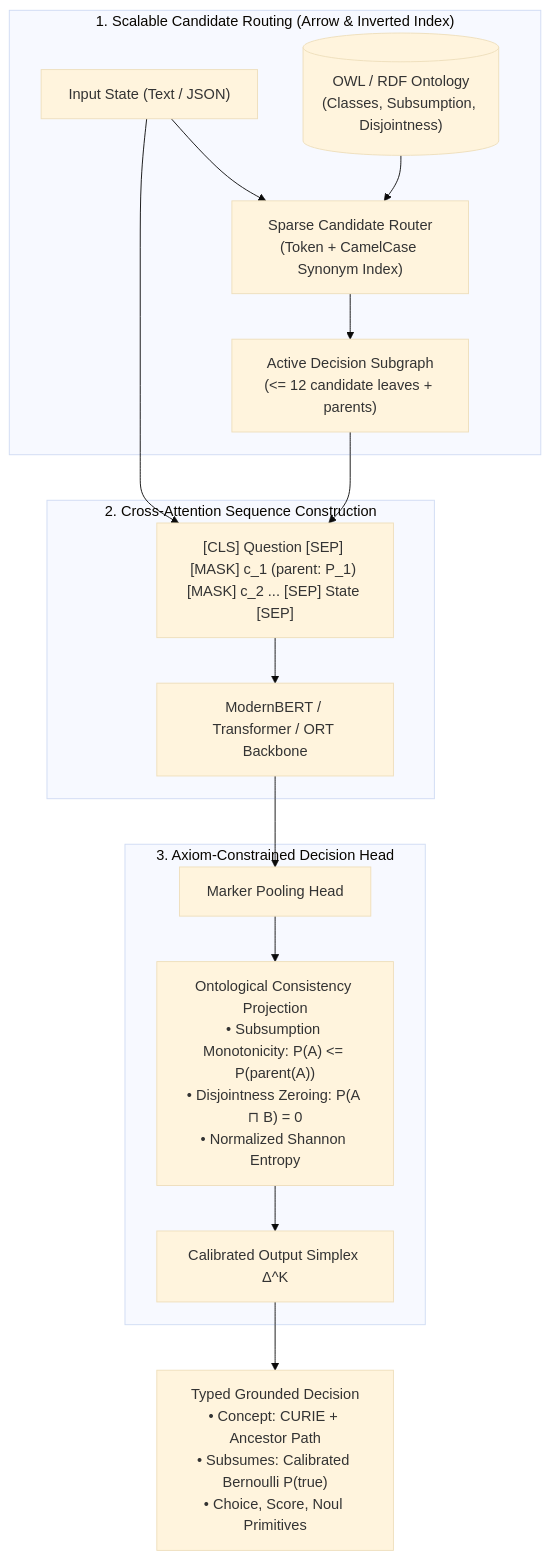
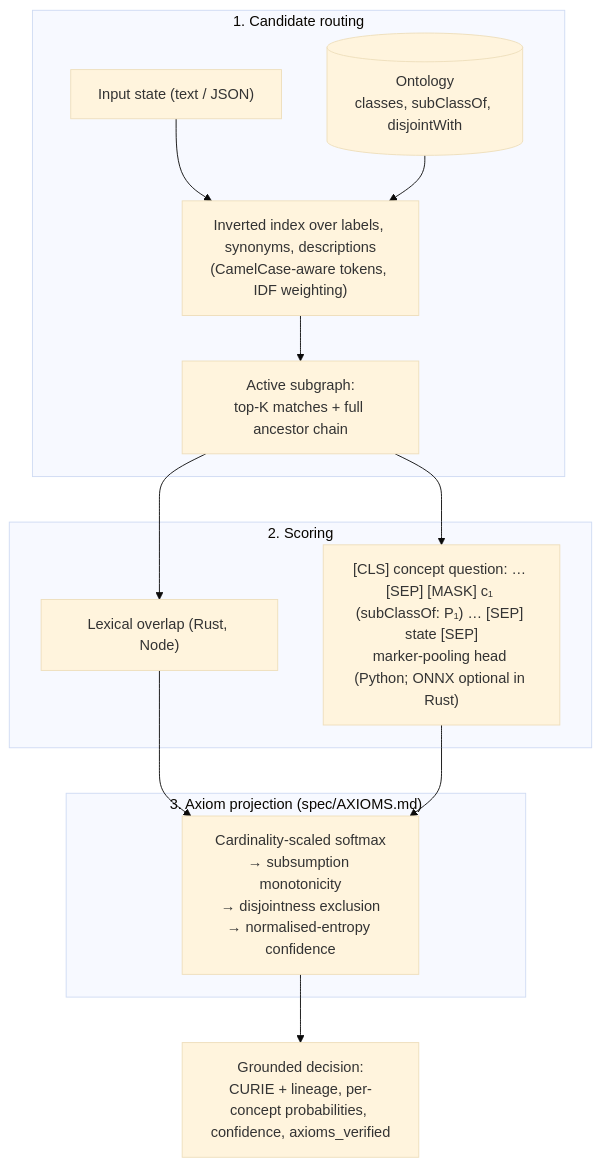
One commit to josaum/olaya changed the diagram in README.md. Above: the diagram before and after it, drawn with Mermaid (base theme). The commit also changed other lines of this file and 18 other files, not shown here.

````diff
--- a/README.md
+++ b/README.md
@@ -68,21 +51,19 @@
 ```mermaid
 flowchart TD
-    subgraph "1. Scalable Candidate Routing (Arrow & Inverted Index)"
-        State["Input State (Text / JSON)"] --> TopK["Sparse Candidate Router\n(Token + CamelCase Synonym Index)"]
-        Onto[("OWL / RDF Ontology\n(Classes, Subsumption, Disjointness)")] --> TopK
-        TopK --> Subgraph["Active Decision Subgraph\n(<= 12 candidate leaves + parents)"]
+    subgraph "1. Candidate routing"
+        State["Input state (text / JSON)"] --> Router["Inverted index over labels, synonyms, descriptions<br/>(CamelCase-aware tokens, IDF weighting)"]
+        Onto[("Ontology<br/>classes, subClassOf, disjointWith")] --> Router
+        Router --> Sub["Active subgraph:<br/>top-K matches + full ancestor chain"]
     end
 
-    subgraph "2. Cross-Attention Sequence Construction"
-        State & Subgraph --> Seq["[CLS] Question [SEP] [MASK] c_1 (parent: P_1) [MASK] c_2 ... [SEP] State [SEP]"]
-        Seq --> Backbone["ModernBERT / Transformer / ORT Backbone"]
+    subgraph "2. Scoring"
+        Sub --> Lex["Lexical overlap (Rust, Node)"]
+        Sub --> Neural["[CLS] concept question: … [SEP] [MASK] c₁ (subClassOf: P₁) … [SEP] state [SEP]<br/>marker-pooling head (Python; ONNX optional in Rust)"]
     end
 
-    subgraph "3. Axiom-Constrained Decision Head"
-        Backbone --> Head["Marker Pooling Head"]
-        Head --> Axioms["Ontological Consistency Projection\n• Subsumption Monotonicity: P(A) <= P(parent(A))\n• Disjointness Zeroing: P(A ⊓ B) = 0\n• Normalized Shannon Entropy"]
-        Axioms --> Simplex["Calibrated Output Simplex Δ^K"]
+    subgraph "3. Axiom projection (spec/AXIOMS.md)"
+        Lex & Neural --> Proj["Cardinality-scaled softmax<br/>→ subsumption monotonicity<br/>→ disjointness exclusion<br/>→ normalised-entropy confidence"]
     end
 
-    Simplex --> Out["Typed Grounded Decision\n• Concept: CURIE + Ancestor Path\n• Subsumes: Calibrated Bernoulli P(true)\n• Choice, Score, Noul Primitives"]
+    Proj --> Out["Grounded decision:<br/>CURIE + lineage, per-concept probabilities, confidence, axioms_verified"]
 ```
````
